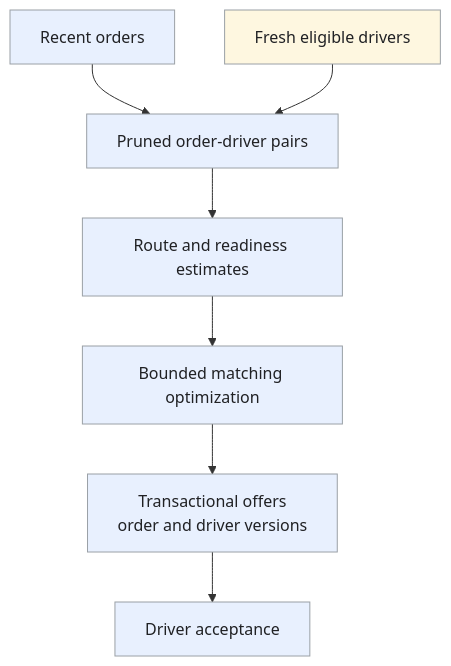
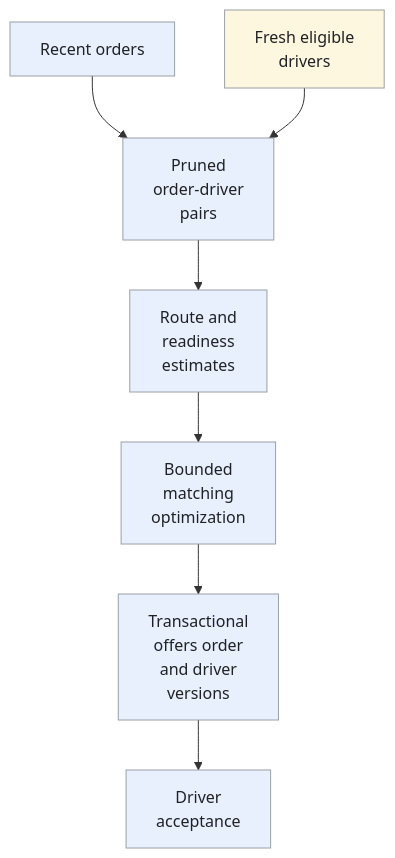
Before and after one commit to iliazlobin/iliazlobin.github.io: the fourth of 7 diagrams in _designs/system-design-doordash-uber-eats.md, drawn with Mermaid. The commit also changed other lines of this file and 116 other files, not shown here.

````diff
--- a/_designs/system-design-doordash-uber-eats.md
+++ b/_designs/system-design-doordash-uber-eats.md
@@ -254,14 +282,14 @@
 ```mermaid
 flowchart TB
-    O["Recent orders"] --> C["Pruned order-driver pairs"]
-    D["Fresh eligible drivers"] --> C
-    C --> E["Route and readiness estimates"]
-    E --> M["Bounded matching optimization"]
-    M --> T["Transactional offers<br>order and driver versions"]
-    T --> A["Driver acceptance"]
+    O["Recent orders"] --> C["Pruned<br>order-driver<br>pairs"]
+    D["Fresh eligible<br>drivers"] --> C
+    C --> E["Route and<br>readiness<br>estimates"]
+    E --> M["Bounded<br>matching<br>optimization"]
+    M --> T["Transactional<br>offers order<br>and driver<br>versions"]
+    T --> A["Driver<br>acceptance"]
   classDef request fill:#e8f0fe,stroke:#9aa0a6,color:#202124,stroke-width:1px
   classDef background fill:#e6f4ea,stroke:#9aa0a6,color:#202124,stroke-width:1px
   classDef control fill:#fef7e0,stroke:#9aa0a6,color:#202124,stroke-width:1px
   class O,C,E,M,T,A request
   class D control
 ```
````
